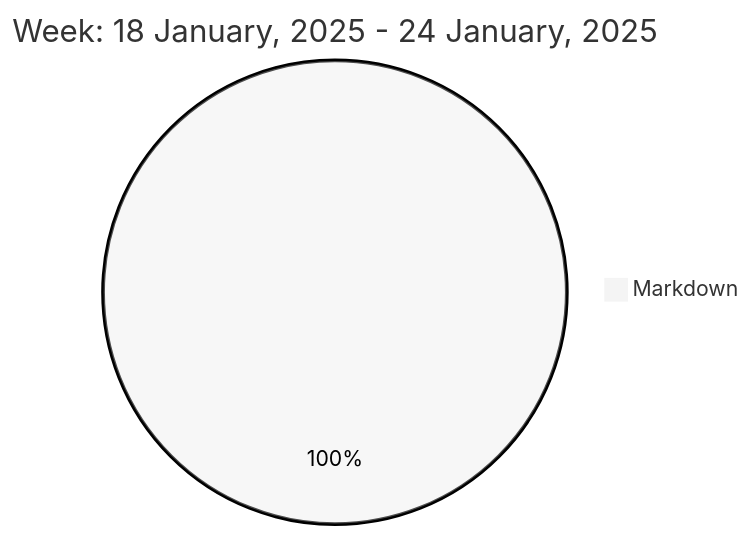
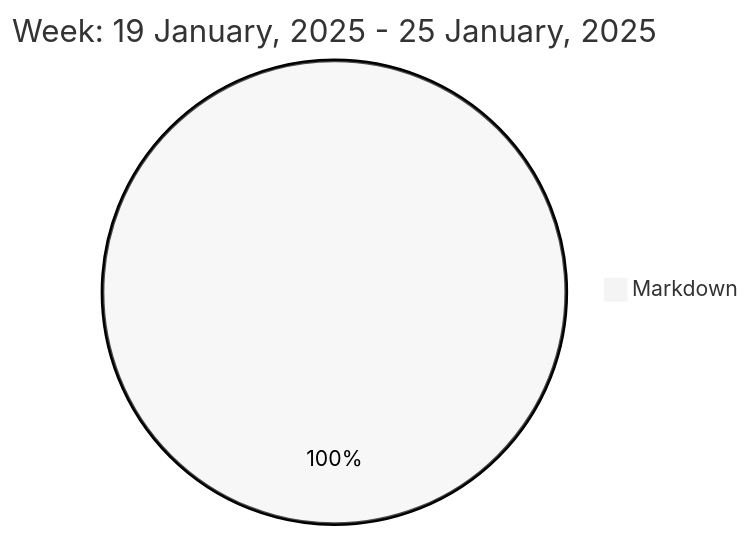
One commit to liubin95/liubin95 changed the diagram in README.md. Above: the diagram before and after it, drawn with Mermaid (neutral theme).

Commit message:
Updated the Graph with new Metrics

````diff
--- a/README.md
+++ b/README.md
@@ -37,5 +37,5 @@
 ```mermaid
  pie
-title Week: 18 January, 2025 - 24 January, 2025
+title Week: 19 January, 2025 - 25 January, 2025
  "Markdown" : 3.25
 ```
````
